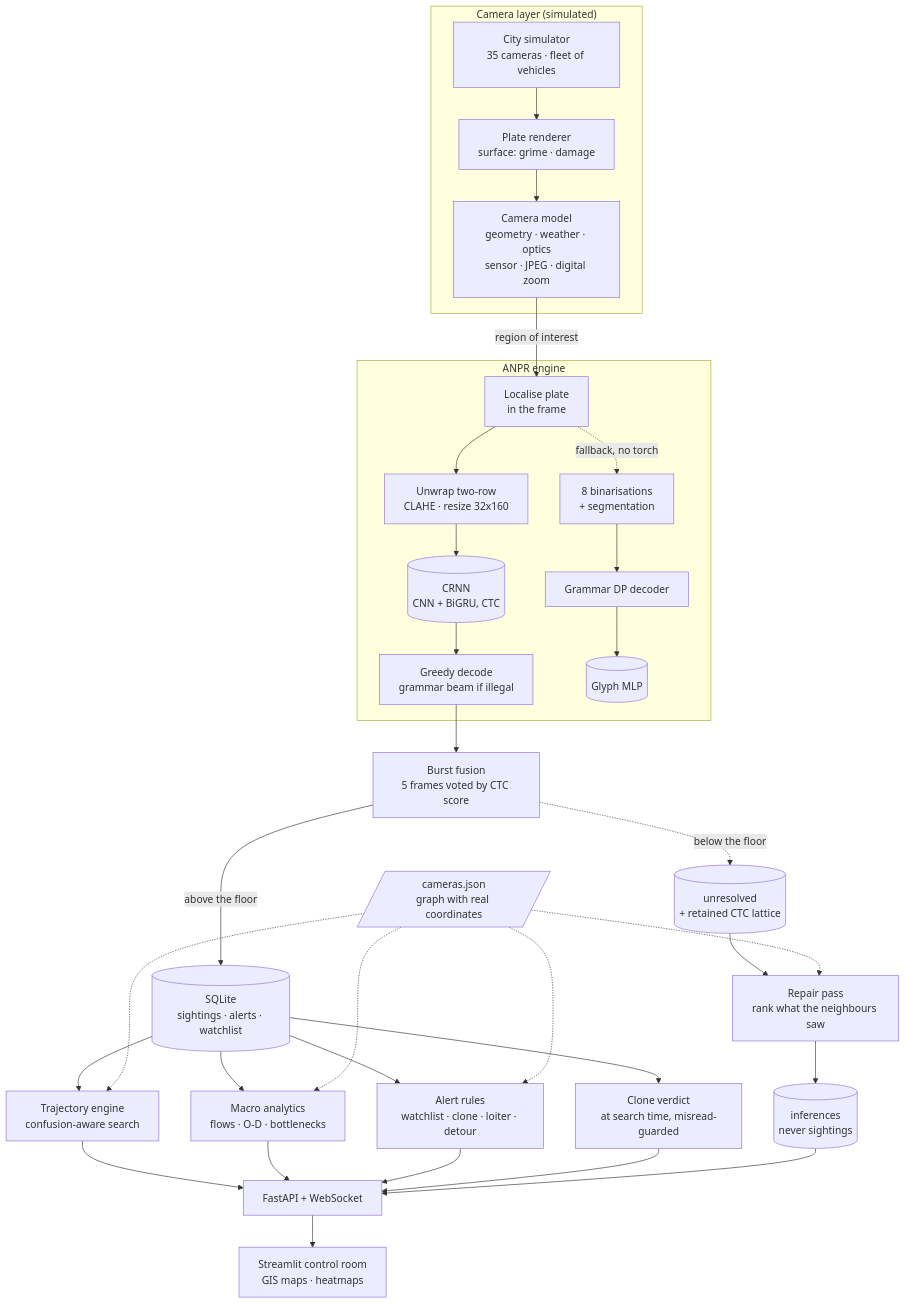
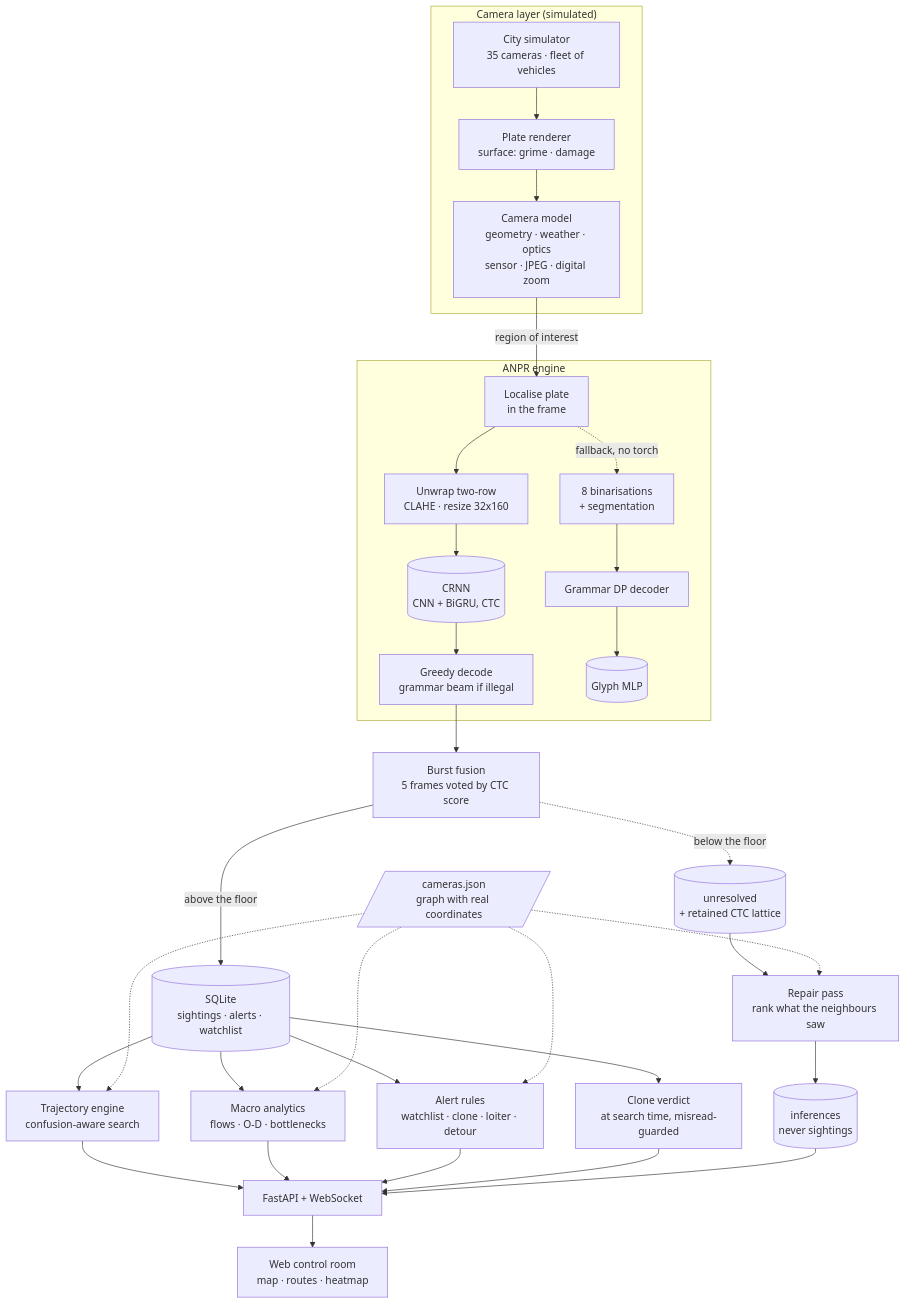
The diagram in README.md (A-Martyr/GodsEye), drawn with Mermaid before and after one commit. The commit also changed other lines of this file and 58 other files, not shown here.

First line of the commit message:
Remove the old Streamlit dashboard; the web control room is the UI

````diff
--- a/README.md
+++ b/README.md
@@ -82,35 +81,35 @@
 ```mermaid
 graph TB
     subgraph Edge["Camera layer (simulated)"]
         SIM[City simulator<br/>35 cameras · fleet of vehicles]
         REN[Plate renderer<br/>surface: grime · damage]
         CAM[Camera model<br/>geometry · weather · optics<br/>sensor · JPEG · digital zoom]
         SIM --> REN --> CAM
     end
 
     subgraph Engine["ANPR engine"]
         LOC[Localise plate<br/>in the frame] --> PREP[Unwrap two-row<br/>CLAHE · resize 32x160]
         PREP --> NET[(CRNN<br/>CNN + BiGRU, CTC)]
         NET --> DEC[Greedy decode<br/>grammar beam if illegal]
         LOC -.fallback, no torch.-> BIN[8 binarisations<br/>+ segmentation]
         BIN --> DP[Grammar DP decoder]
         DP --> CLF[(Glyph MLP)]
     end
 
     CAM -->|region of interest| LOC
     DEC --> FUSE[Burst fusion<br/>5 frames voted by CTC score]
     FUSE -->|above the floor| STORE[(SQLite<br/>sightings · alerts · watchlist)]
     FUSE -.below the floor.-> UNRES[(unresolved<br/>+ retained CTC lattice)]
     UNRES --> REP[Repair pass<br/>rank what the neighbours saw]
     REP --> INF[(inferences<br/>never sightings)]
 
     STORE --> TRAJ[Trajectory engine<br/>confusion-aware search]
     STORE --> ANA[Macro analytics<br/>flows · O-D · bottlenecks]
     STORE --> ALERT[Alert rules<br/>watchlist · clone · loiter · detour]
     STORE --> CLONE[Clone verdict<br/>at search time, misread-guarded]
 
     TRAJ & ANA & ALERT & CLONE & INF --> API[FastAPI + WebSocket]
-    API --> UI[Streamlit control room<br/>GIS maps · heatmaps]
+    API --> UI[Web control room<br/>map · routes · heatmap]
 
     GEO[/cameras.json<br/>graph with real coordinates/] -.-> TRAJ & ANA & ALERT & REP
 ```
````
